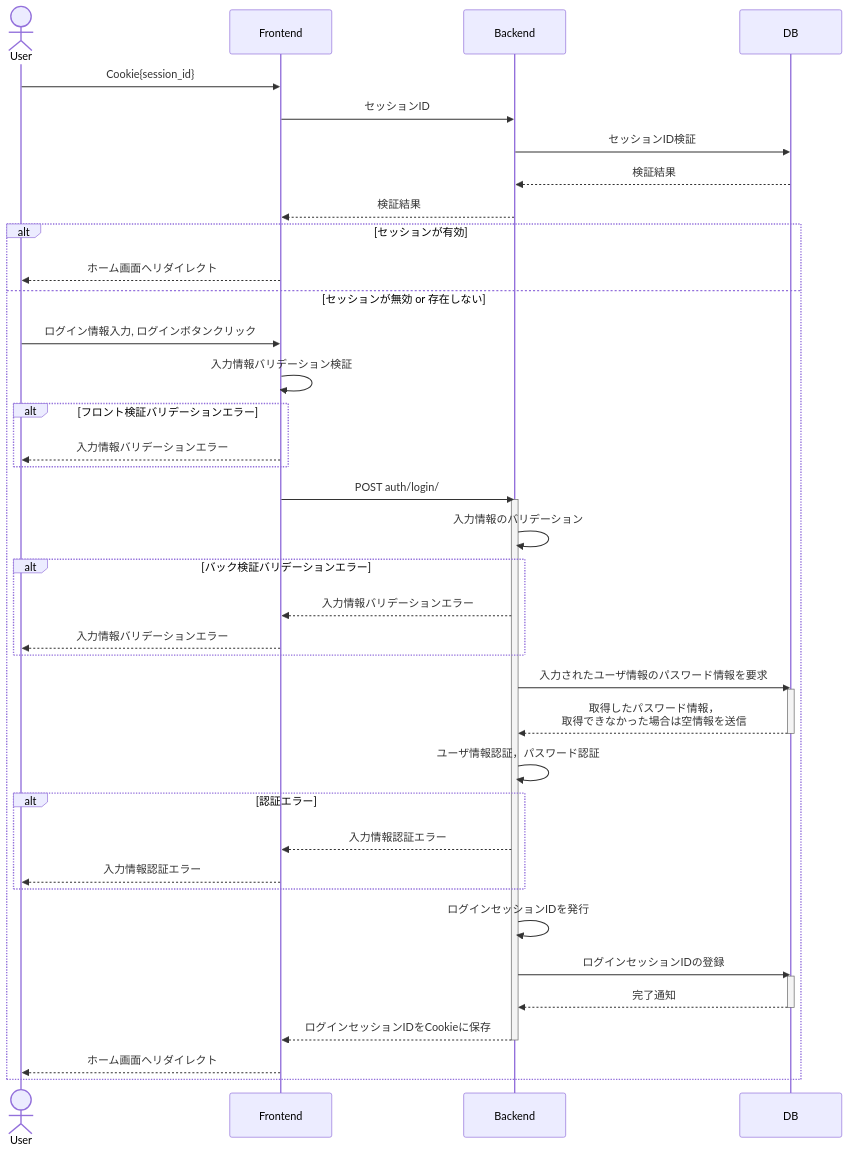
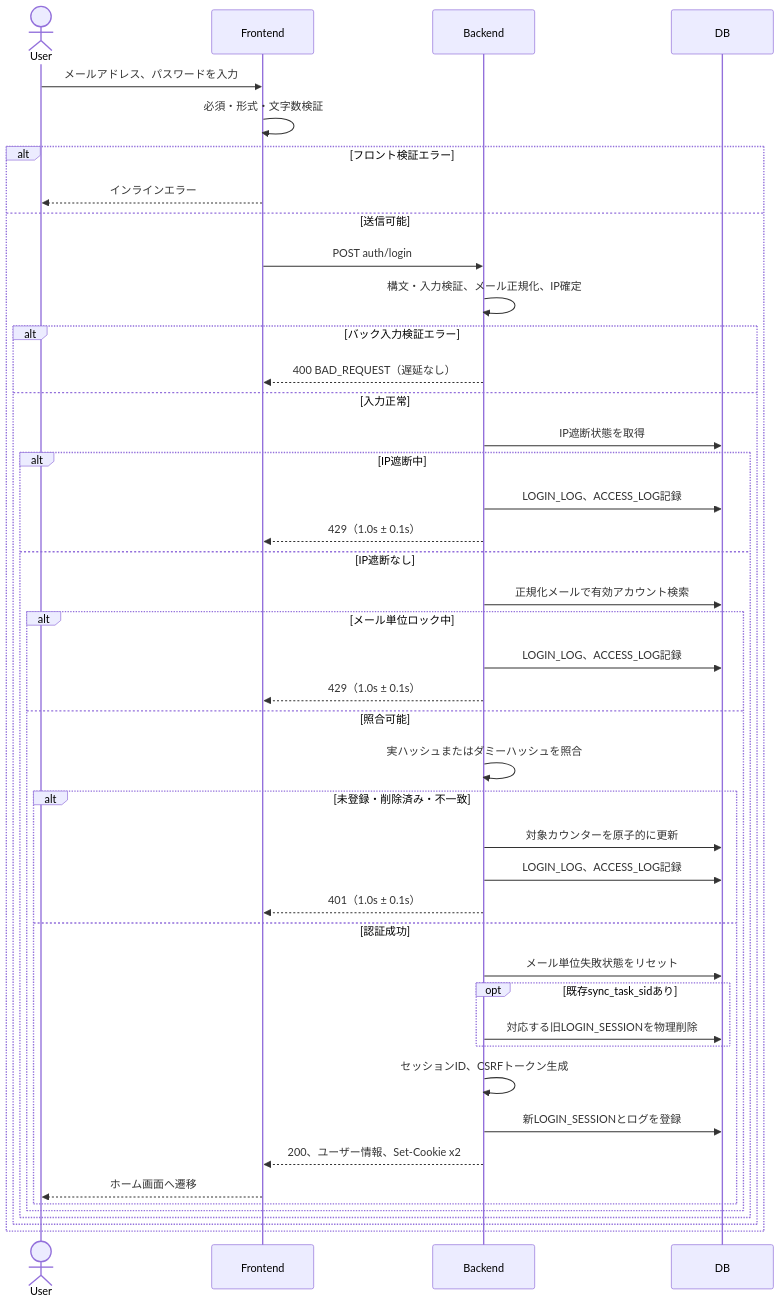
The diagram in docs/design/process_design/04_login.md (TUS-TI-dev-team/SyncTask), drawn with Mermaid before and after one commit. The commit also changed other lines of this file and 7 other files, not shown here.

````diff
--- a/docs/design/process_design/04_login.md
+++ b/docs/design/process_design/04_login.md
@@ -3,46 +42,46 @@
 ```mermaid
 sequenceDiagram
-	actor User
-	participant Frontend
-	participant Backend
-	participant DB
-
-	User->>Frontend: Cookie{session_id}
-	Frontend->>Backend: セッションID
-	Backend->>DB: セッションID検証
-	DB-->>Backend: 検証結果
-	Backend-->>Frontend: 検証結果
-	alt セッションが有効
-		Frontend-->>User: ホーム画面へリダイレクト
-	else セッションが無効 or 存在しない
-		User->>Frontend: ログイン情報入力, ログインボタンクリック
-		Frontend->>Frontend: 入力情報バリデーション検証
-		alt フロント検証バリデーションエラー
-			Frontend-->>User: 入力情報バリデーションエラー
-		end
-		Frontend->>Backend: POST auth/login/
-		activate Backend
-		Backend->>Backend: 入力情報のバリデーション
-		alt バック検証バリデーションエラー
-			Backend-->>Frontend: 入力情報バリデーションエラー
-			Frontend-->>User: 入力情報バリデーションエラー
-		end
-		Backend->>DB: 入力されたユーザ情報のパスワード情報を要求
-		activate DB
-		DB-->>Backend: 取得したパスワード情報，<br>取得できなかった場合は空情報を送信
-		deactivate DB
-		Backend->>Backend: ユーザ情報認証，パスワード認証
-		alt 認証エラー
-			Backend-->>Frontend: 入力情報認証エラー
-			Frontend-->>User: 入力情報認証エラー
-		end
-		Backend->>Backend: ログインセッションIDを発行
-		Backend->>DB: ログインセッションIDの登録
-		activate DB
-		DB-->>Backend: 完了通知
-		deactivate DB
-		Backend-->>Frontend: ログインセッションIDをCookieに保存
-		deactivate Backend
-		Frontend-->>User: ホーム画面へリダイレクト
-	end
+    actor User
+    participant Frontend
+    participant Backend
+    participant DB
+    User->>Frontend: メールアドレス、パスワードを入力
+    Frontend->>Frontend: 必須・形式・文字数検証
+    alt フロント検証エラー
+        Frontend-->>User: インラインエラー
+    else 送信可能
+        Frontend->>Backend: POST auth/login
+        Backend->>Backend: 構文・入力検証、メール正規化、IP確定
+        alt バック入力検証エラー
+            Backend-->>Frontend: 400 BAD_REQUEST（遅延なし）
+        else 入力正常
+            Backend->>DB: IP遮断状態を取得
+            alt IP遮断中
+                Backend->>DB: LOGIN_LOG、ACCESS_LOG記録
+                Backend-->>Frontend: 429（1.0s ± 0.1s）
+            else IP遮断なし
+                Backend->>DB: 正規化メールで有効アカウント検索
+                alt メール単位ロック中
+                    Backend->>DB: LOGIN_LOG、ACCESS_LOG記録
+                    Backend-->>Frontend: 429（1.0s ± 0.1s）
+                else 照合可能
+                    Backend->>Backend: 実ハッシュまたはダミーハッシュを照合
+                    alt 未登録・削除済み・不一致
+                        Backend->>DB: 対象カウンターを原子的に更新
+                        Backend->>DB: LOGIN_LOG、ACCESS_LOG記録
+                        Backend-->>Frontend: 401（1.0s ± 0.1s）
+                    else 認証成功
+                        Backend->>DB: メール単位失敗状態をリセット
+                        opt 既存sync_task_sidあり
+                            Backend->>DB: 対応する旧LOGIN_SESSIONを物理削除
+                        end
+                        Backend->>Backend: セッションID、CSRFトークン生成
+                        Backend->>DB: 新LOGIN_SESSIONとログを登録
+                        Backend-->>Frontend: 200、ユーザー情報、Set-Cookie x2
+                        Frontend-->>User: ホーム画面へ遷移
+                    end
+                end
+            end
+        end
+    end
 ```
````
